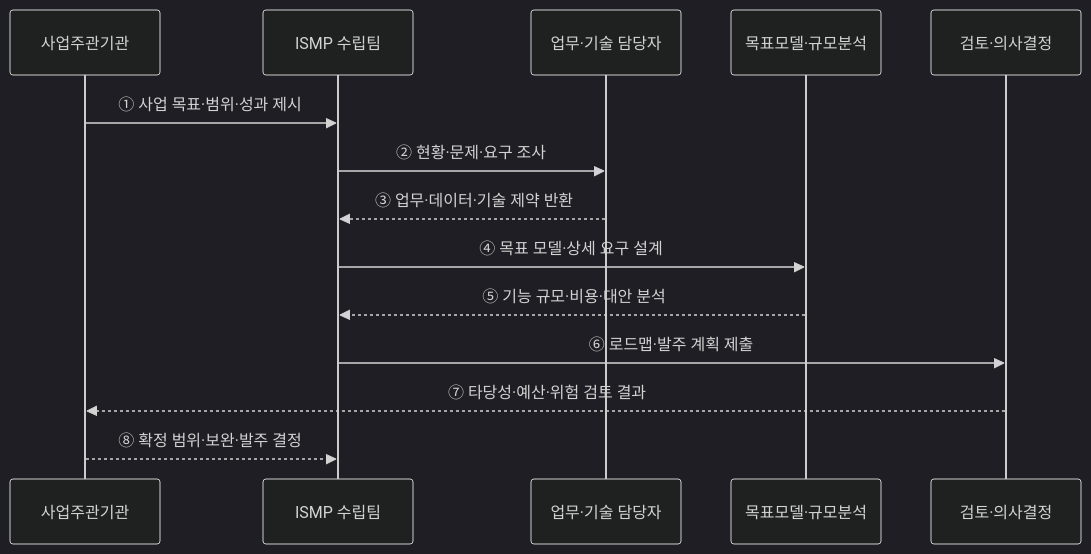
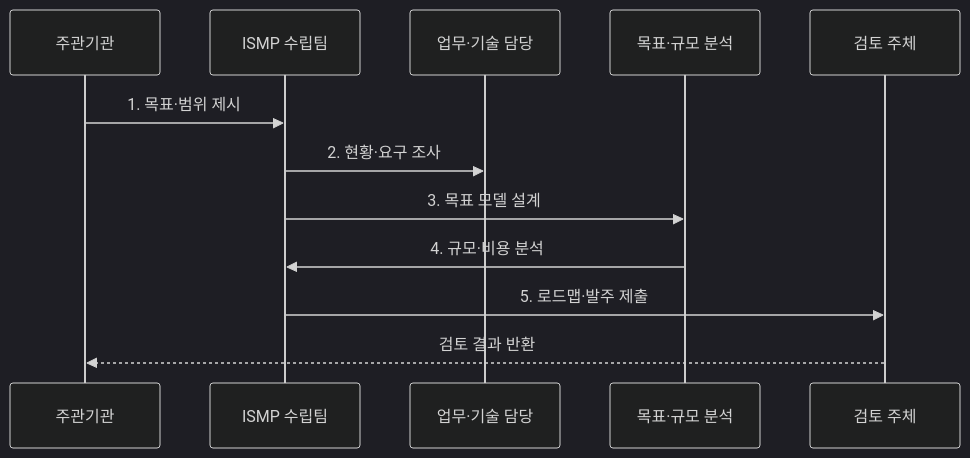
The second of 2 diagrams in src/content/docs/notes/03-software/187_ismp.md (agnusdei1207/knowledge-base), drawn with Mermaid (dark theme) before and after one commit. The commit also changed other lines of this file and 20 other files, not shown here.

````diff
--- a/src/content/docs/notes/03-software/187_ismp.md
+++ b/src/content/docs/notes/03-software/187_ismp.md
@@ -67,16 +77,14 @@
 ```mermaid
 sequenceDiagram
-    participant O as 사업주관기관
+    participant O as 주관기관
     participant T as ISMP 수립팀
-    participant U as 업무·기술 담당자
-    participant M as 목표모델·규모분석
-    participant R as 검토·의사결정
-    O->>T: ① 사업 목표·범위·성과 제시
-    T->>U: ② 현황·문제·요구 조사
-    U-->>T: ③ 업무·데이터·기술 제약 반환
-    T->>M: ④ 목표 모델·상세 요구 설계
-    M-->>T: ⑤ 기능 규모·비용·대안 분석
-    T->>R: ⑥ 로드맵·발주 계획 제출
-    R-->>O: ⑦ 타당성·예산·위험 검토 결과
-    O-->>T: ⑧ 확정 범위·보완·발주 결정
+    participant U as 업무·기술 담당
+    participant M as 목표·규모 분석
+    participant R as 검토 주체
+    O->>T: 1. 목표·범위 제시
+    T->>U: 2. 현황·요구 조사
+    T->>M: 3. 목표 모델 설계
+    M->>T: 4. 규모·비용 분석
+    T->>R: 5. 로드맵·발주 제출
+    R-->>O: 검토 결과 반환
 ```
````
